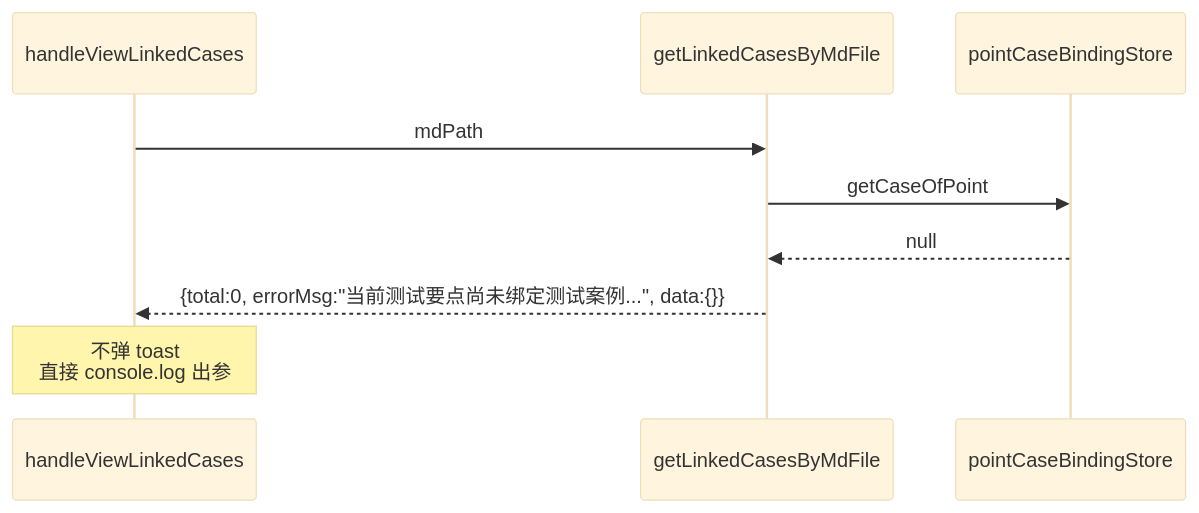
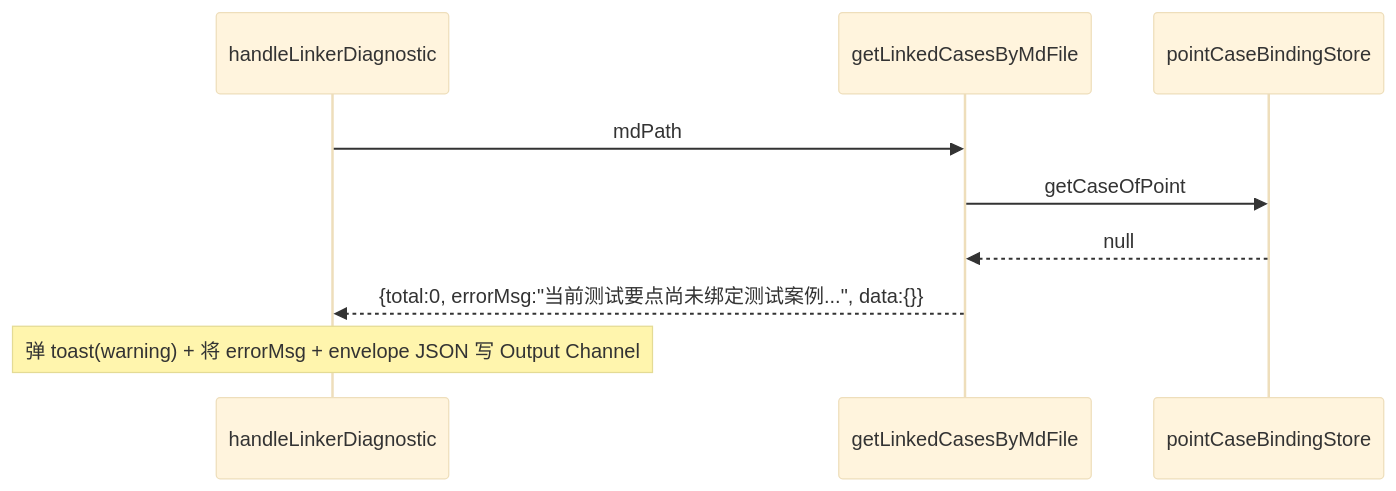
One commit to IvyCloudy/workbench changed the third of 4 diagrams in docs/architecture/point-case-linker-design.md. Above: the diagram before and after it, drawn with Mermaid (base theme). The commit also changed other lines of this file and 5 other files, not shown here.

````diff
--- a/docs/architecture/point-case-linker-design.md
+++ b/docs/architecture/point-case-linker-design.md
@@ -130,12 +132,12 @@
 ```mermaid
 sequenceDiagram
-    participant H as handleViewLinkedCases
+    participant H as handleLinkerDiagnostic
     participant G as getLinkedCasesByMdFile
     participant BS as pointCaseBindingStore
 
     H->>G: mdPath
     G->>BS: getCaseOfPoint
     BS-->>G: null
     G-->>H: {total:0, errorMsg:"当前测试要点尚未绑定测试案例...", data:{}}
-    Note over H: 不弹 toast<br/>直接 console.log 出参
+    Note over H: 弹 toast(warning) + 将 errorMsg + envelope JSON 写 Output Channel
 ```
````
